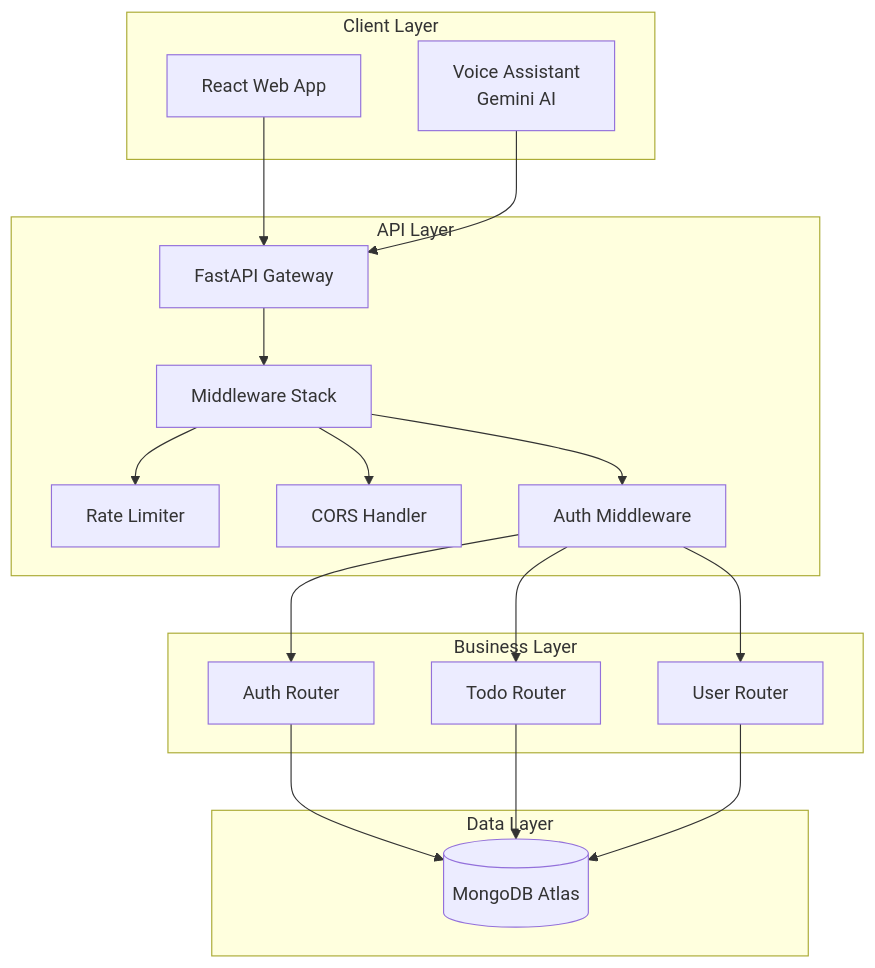
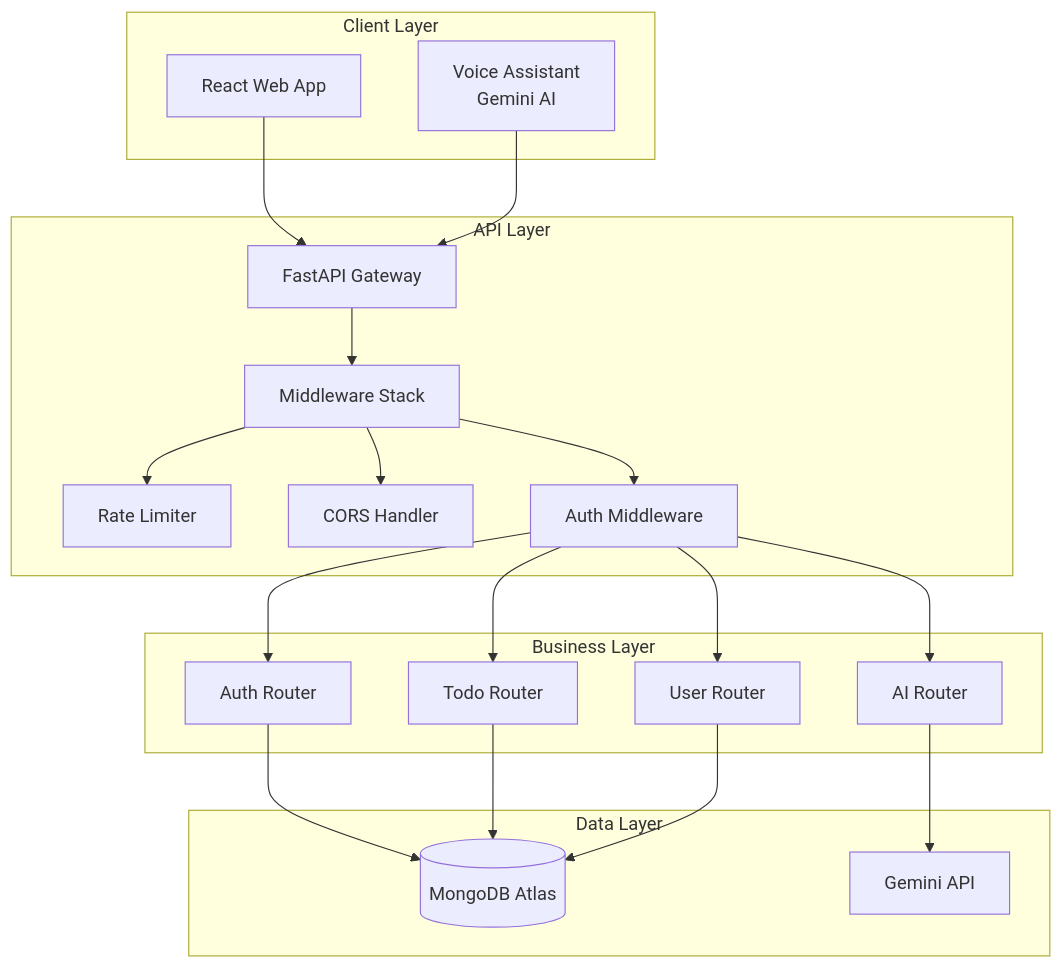
The first of 3 diagrams in docs/ARCHITECTURE.md (sajankp/to-do), drawn with Mermaid before and after one commit. The commit also changed other lines of this file, not shown here.

Commit message:
docs: update architecture with Gemini Proxy components

````diff
--- a/docs/ARCHITECTURE.md
+++ b/docs/ARCHITECTURE.md
@@ -76,38 +76,42 @@
 ```mermaid
 graph TB
     subgraph "Client Layer"
         WEB[React Web App]
         VOICE[Voice Assistant<br/>Gemini AI]
     end
 
     subgraph "API Layer"
         GW[FastAPI Gateway]
         MW[Middleware Stack]
         RATE[Rate Limiter]
         CORS[CORS Handler]
         AUTH_MW[Auth Middleware]
     end
 
     subgraph "Business Layer"
         AUTH[Auth Router]
         TODO[Todo Router]
         USER[User Router]
+        AI[AI Router]
     end
 
     subgraph "Data Layer"
         MONGO[(MongoDB Atlas)]
+        GEMINI[Gemini API]
     end
 
     WEB --> GW
     VOICE --> GW
     GW --> MW
     MW --> RATE
     MW --> CORS
     MW --> AUTH_MW
     AUTH_MW --> AUTH
     AUTH_MW --> TODO
     AUTH_MW --> USER
+    AUTH_MW --> AI
     AUTH --> MONGO
     TODO --> MONGO
     USER --> MONGO
+    AI --> GEMINI
 ```
````
